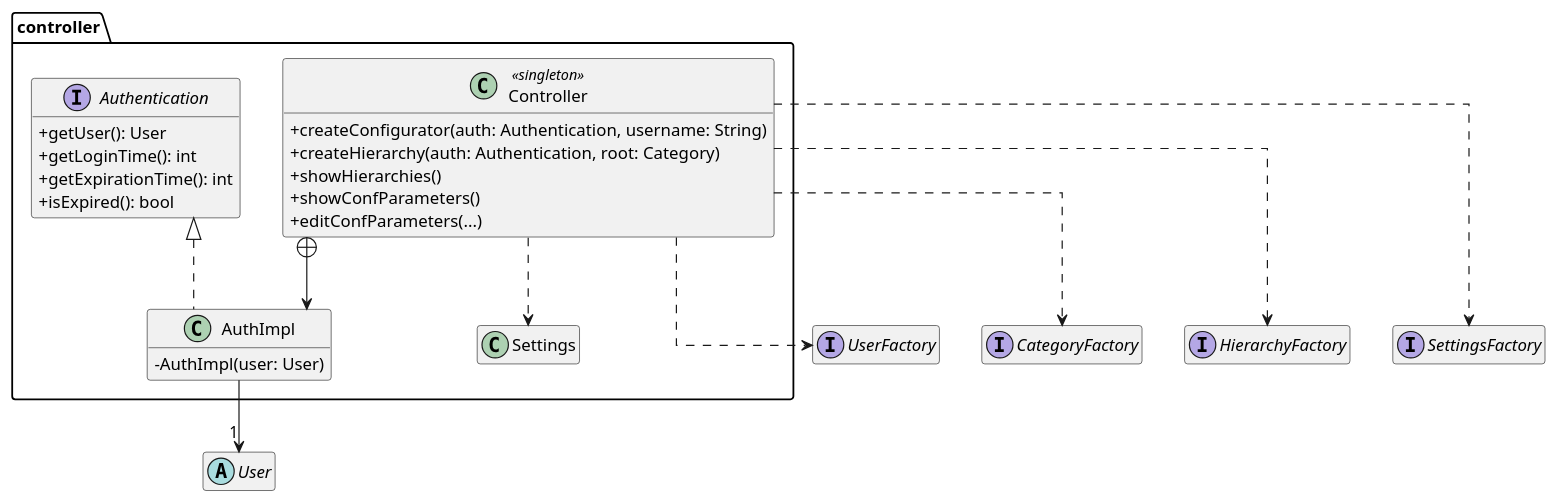
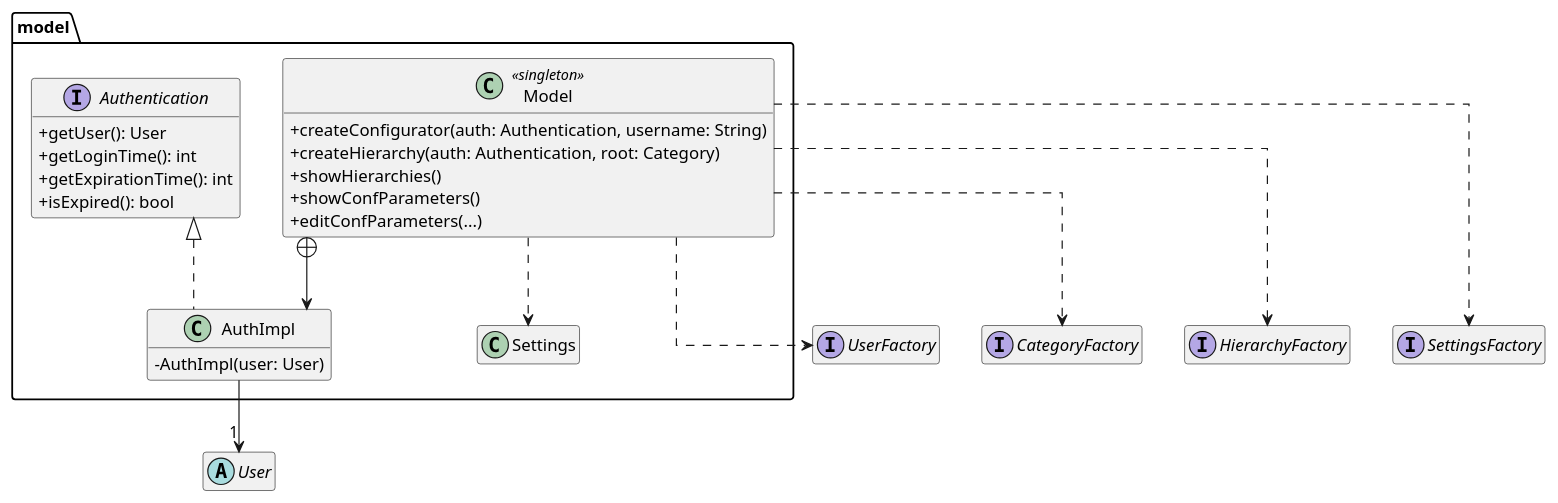
The diagram in DOC/VER2/diagrams/class/class_diagram_controller.puml (Matlice/ing_sw_2022), drawn with PlantUML before and after one commit. The commit also changed 27 other files, not shown here.

Commit message:
cleanup, aggiunta specificazione v3, controller -> model :)

```diff
--- a/DOC/VER2/diagrams/class/class_diagram_controller.puml
+++ b/DOC/VER2/diagrams/class/class_diagram_controller.puml
@@ -1,49 +1,49 @@
 @startuml
 
 skinparam ClassAttributeIconSize 0
 'skinparam groupInheritance 2
 skinparam linetype ortho
 hide empty members
 
-package controller #FFFFFF {
+package model #FFFFFF {
 
-    class Controller <<singleton>> {
+    class Model <<singleton>> {
         + createConfigurator(auth: Authentication, username: String)
         + createHierarchy(auth: Authentication, root: Category)
         + showHierarchies()
         + showConfParameters()
         + editConfParameters(...)
     }
 
     class AuthImpl implements Authentication {
         - AuthImpl(user: User)
     }
 
     interface Authentication {
         + getUser(): User
         + getLoginTime(): int
         + getExpirationTime(): int
         + isExpired(): bool
     }
 
     class Settings {}
 }
 
 abstract class User
 
 interface UserFactory
 interface CategoryFactory
 interface HierarchyFactory
 interface SettingsFactory
 
 AuthImpl --> "1" User
-Controller +-down-> AuthImpl
+Model +-down-> AuthImpl
 
-Controller ..> Settings
+Model ..> Settings
 
-Controller .down.> UserFactory
-Controller .down.> CategoryFactory
-Controller .down.> HierarchyFactory
-Controller .down.> SettingsFactory
+Model .down.> UserFactory
+Model .down.> CategoryFactory
+Model .down.> HierarchyFactory
+Model .down.> SettingsFactory
 
 @enduml
```
